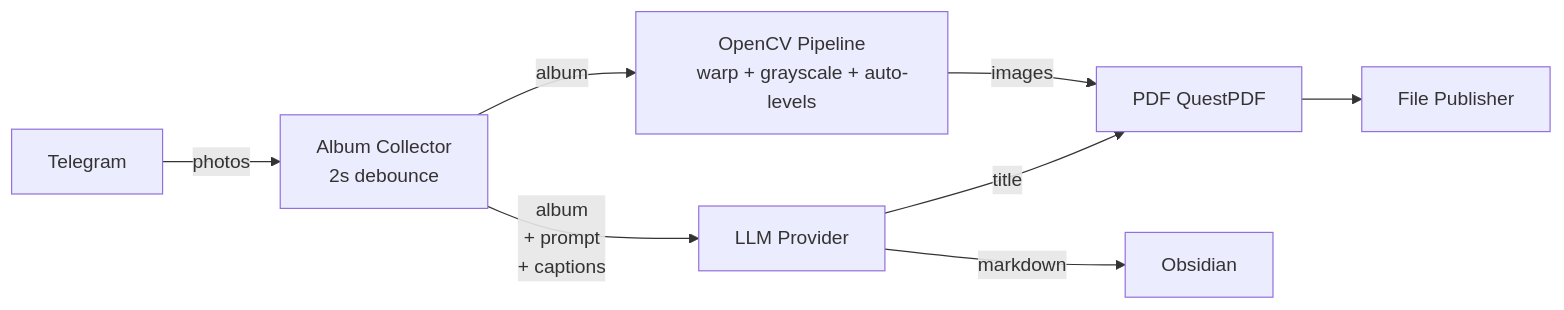
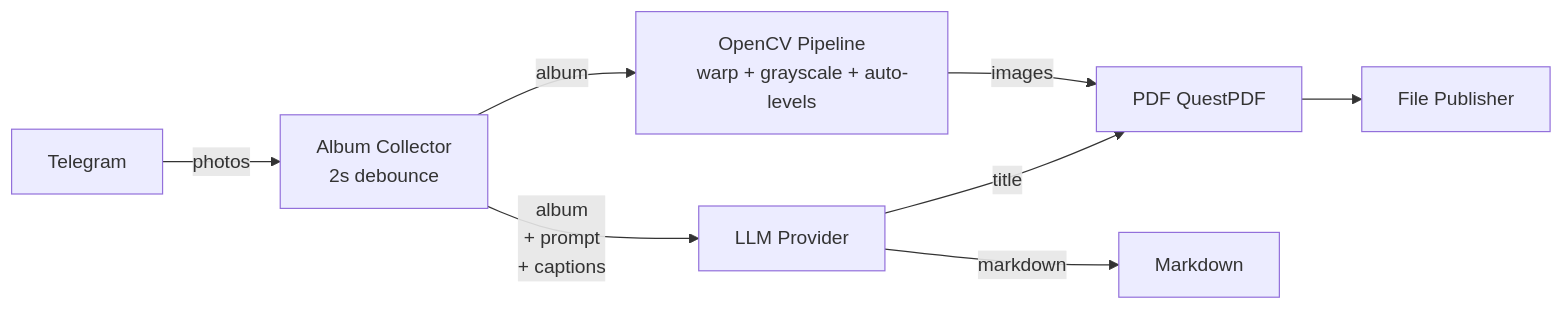
Before and after one commit to detachmode/Paperoni: the diagram in README.md, drawn with Mermaid. The commit also changed other lines of this file and 3 other files, not shown here.

Commit message:
Rename ObsidianOutputPath to MarkdownOutputPath across codebase and docs

````diff
--- a/README.md
+++ b/README.md
@@ -7,19 +7,19 @@
 ```mermaid
 flowchart LR
     Telegram -->|photos| AlbumCollector["Album Collector
     2s debounce"]
 
     AlbumCollector --> |album 
     + prompt
     + captions| AI["LLM Provider"]
 
     AlbumCollector --> |album| OpenCV["OpenCV Pipeline
     warp + grayscale + auto-levels"]
 
 
     OpenCV --> |images|PDF["PDF QuestPDF"]
     AI --> |title| PDF["PDF QuestPDF"]
 
     PDF --> FilePublisher["File Publisher"]
-    AI --> |markdown| Obsidian["Obsidian"]
+    AI --> |markdown| Markdown["Markdown"]
 ```
````
